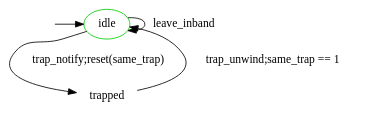
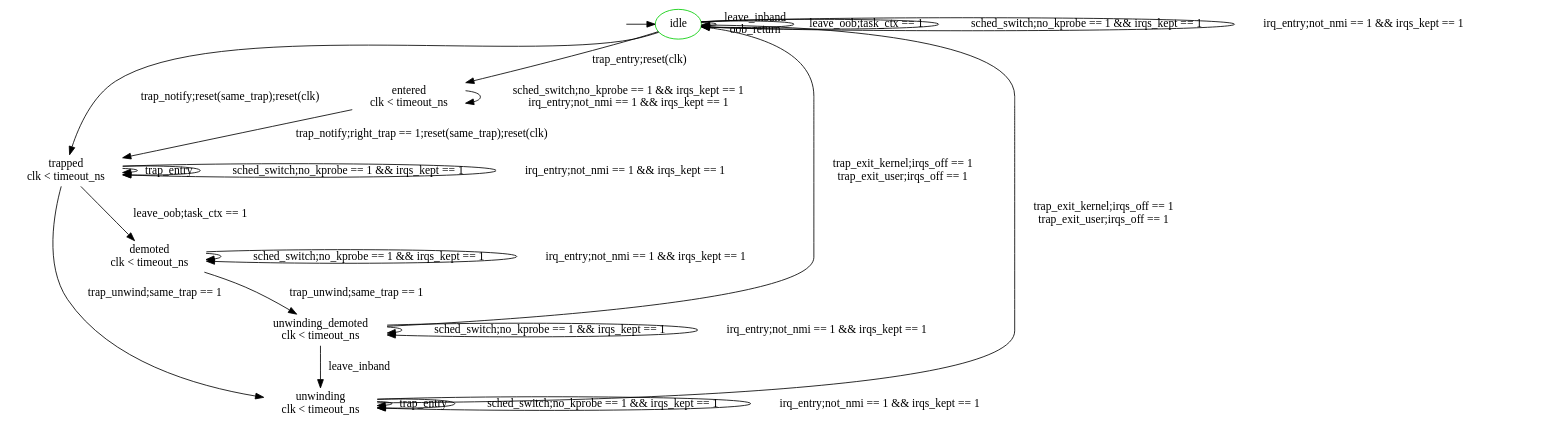
The diagram in tools/verification/models/oob_trap.dot (TobiasSchaffner/linux), drawn with Graphviz before and after one commit. The commit also changed 8 other files, not shown here.

First line of the commit message:
rv: oob_trap: check the whole Dovetail trap contract

```diff
--- a/tools/verification/models/oob_trap.dot
+++ b/tools/verification/models/oob_trap.dot
@@ -1,14 +1,44 @@
 digraph state_automaton {
 	{node [shape = plaintext, style=invis, label=""] "__init_idle"};
 	{node [shape = ellipse] "idle"};
 	{node [shape = plaintext] "trapped"};
+	{node [shape = plaintext] "demoted"};
+	{node [shape = plaintext] "unwinding"};
+	{node [shape = plaintext] "unwinding_demoted"};
+	{node [shape = plaintext] "entered"};
 	"__init_idle" -> "idle";
 	"idle" [label = "idle", color = green3];
-	"idle" -> "trapped" [ label = "trap_notify;reset(same_trap)" ];
-	"trapped" -> "idle" [ label = "trap_unwind;same_trap == 1" ];
-	"idle" -> "idle" [ label = "leave_inband" ];
+	"trapped" [label = "trapped\nclk < timeout_ns"];
+	"demoted" [label = "demoted\nclk < timeout_ns"];
+	"unwinding" [label = "unwinding\nclk < timeout_ns"];
+	"unwinding_demoted" [label = "unwinding_demoted\nclk < timeout_ns"];
+	"entered" [label = "entered\nclk < timeout_ns"];
+	"idle" -> "entered" [ label = "trap_entry;reset(clk)" ];
+	"entered" -> "trapped" [ label = "trap_notify;right_trap == 1;reset(same_trap);reset(clk)" ];
+	"trapped" -> "trapped" [ label = "trap_entry" ];
+	"unwinding" -> "unwinding" [ label = "trap_entry" ];
+	"entered" -> "entered" [ label = "sched_switch;no_kprobe == 1 && irqs_kept == 1\nirq_entry;not_nmi == 1 && irqs_kept == 1" ];
+	"idle" -> "trapped" [ label = "trap_notify;reset(same_trap);reset(clk)" ];
+	"trapped" -> "demoted" [ label = "leave_oob;task_ctx == 1" ];
+	"trapped" -> "unwinding" [ label = "trap_unwind;same_trap == 1" ];
+	"demoted" -> "unwinding_demoted" [ label = "trap_unwind;same_trap == 1" ];
+	"unwinding_demoted" -> "unwinding" [ label = "leave_inband" ];
+	"unwinding" -> "idle" [ label = "trap_exit_kernel;irqs_off == 1\ntrap_exit_user;irqs_off == 1" ];
+	"unwinding_demoted" -> "idle" [ label = "trap_exit_kernel;irqs_off == 1\ntrap_exit_user;irqs_off == 1" ];
+	"idle" -> "idle" [ label = "leave_inband\noob_return" ];
+	"idle" -> "idle" [ label = "leave_oob;task_ctx == 1" ];
+	"idle" -> "idle" [ label = "sched_switch;no_kprobe == 1 && irqs_kept == 1" ];
+	"trapped" -> "trapped" [ label = "sched_switch;no_kprobe == 1 && irqs_kept == 1" ];
+	"demoted" -> "demoted" [ label = "sched_switch;no_kprobe == 1 && irqs_kept == 1" ];
+	"unwinding" -> "unwinding" [ label = "sched_switch;no_kprobe == 1 && irqs_kept == 1" ];
+	"unwinding_demoted" -> "unwinding_demoted" [ label = "sched_switch;no_kprobe == 1 && irqs_kept == 1" ];
+	"idle" -> "idle" [ label = "irq_entry;not_nmi == 1 && irqs_kept == 1" ];
+	"trapped" -> "trapped" [ label = "irq_entry;not_nmi == 1 && irqs_kept == 1" ];
+	"demoted" -> "demoted" [ label = "irq_entry;not_nmi == 1 && irqs_kept == 1" ];
+	"unwinding" -> "unwinding" [ label = "irq_entry;not_nmi == 1 && irqs_kept == 1" ];
+	"unwinding_demoted" -> "unwinding_demoted" [ label = "irq_entry;not_nmi == 1 && irqs_kept == 1" ];
 	{ rank = min ;
 		"__init_idle";
 		"idle";
 	}
 }
```
